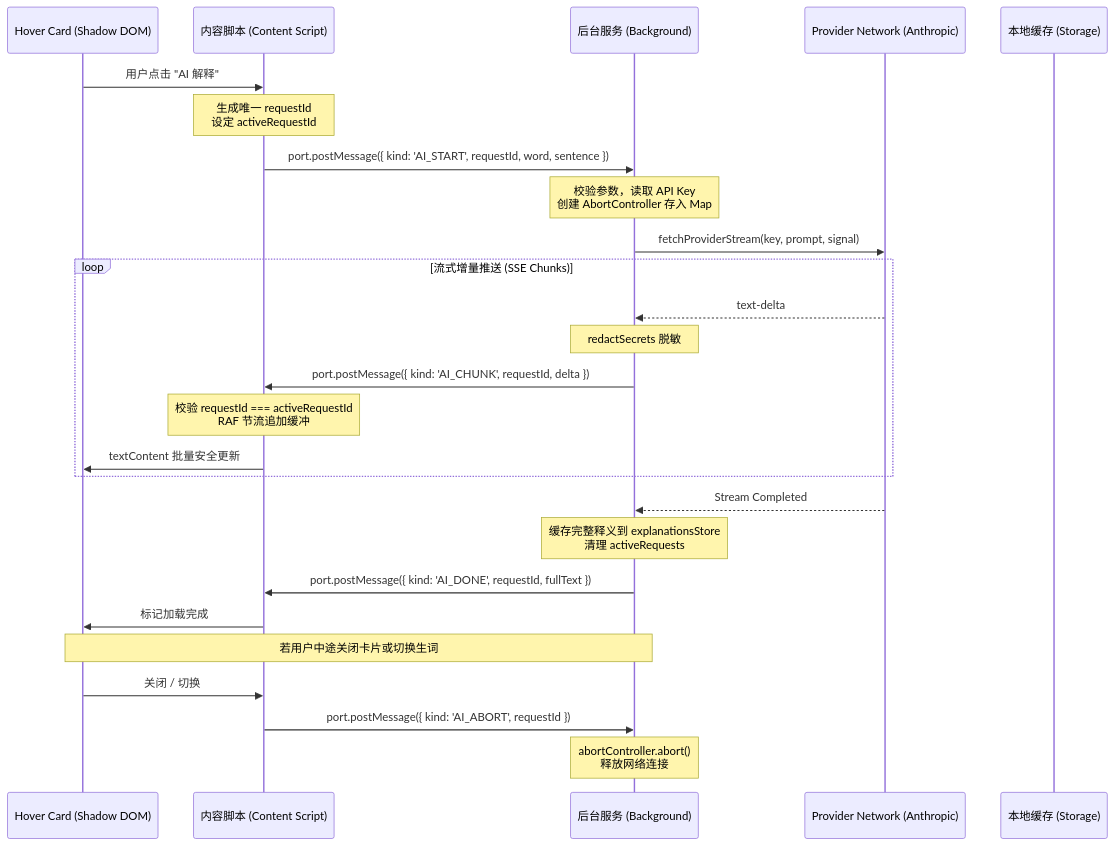
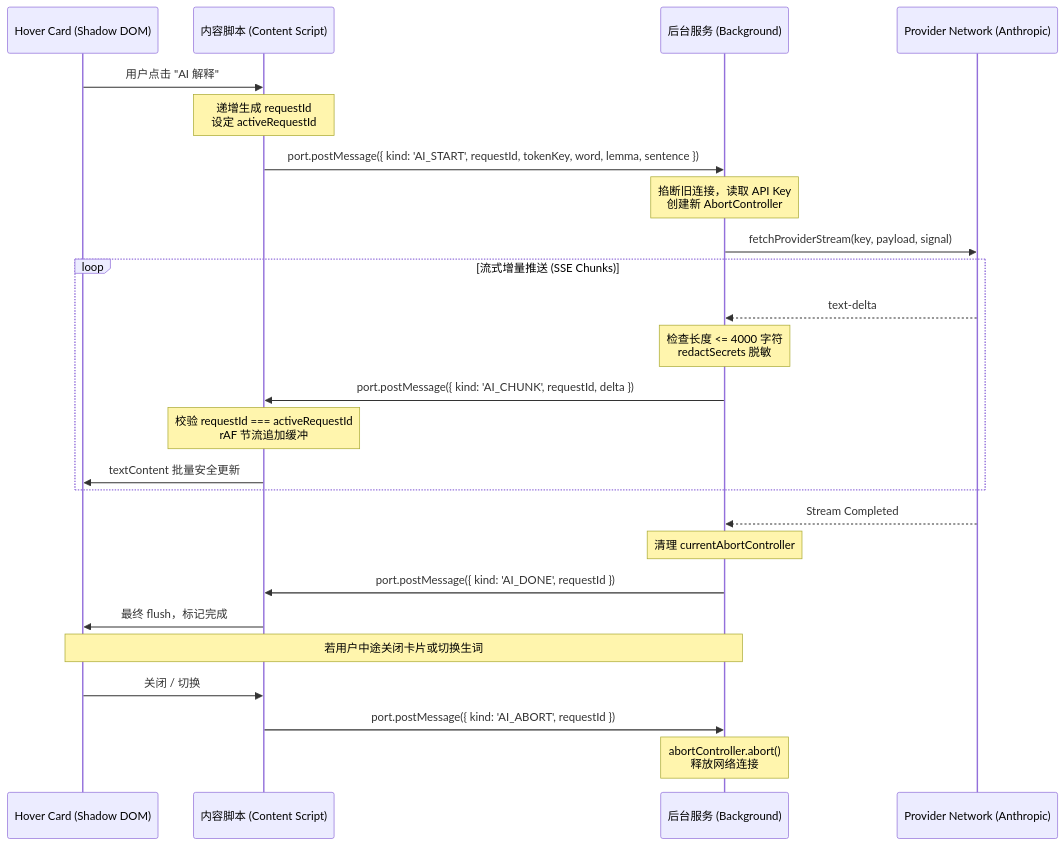
One commit to ReiAKIraAn/Glint changed the third of 3 diagrams in docs/architecture.md. Above: the diagram before and after it, drawn with Mermaid. The commit also changed other lines of this file and 3 other files, not shown here.

````diff
--- a/docs/architecture.md
+++ b/docs/architecture.md
@@ -112,32 +113,31 @@
 ```mermaid
 sequenceDiagram
     participant Card as Hover Card (Shadow DOM)
     participant CS as 内容脚本 (Content Script)
     participant BG as 后台服务 (Background)
     participant PN as Provider Network (Anthropic)
-    participant Store as 本地缓存 (Storage)
 
     Card->>CS: 用户点击 "AI 解释"
-    Note over CS: 生成唯一 requestId<br/>设定 activeRequestId
-    CS->>BG: port.postMessage({ kind: 'AI_START', requestId, word, sentence })
-    Note over BG: 校验参数，读取 API Key<br/>创建 AbortController 存入 Map
-    BG->>PN: fetchProviderStream(key, prompt, signal)
+    Note over CS: 递增生成 requestId<br/>设定 activeRequestId
+    CS->>BG: port.postMessage({ kind: 'AI_START', requestId, tokenKey, word, lemma, sentence })
+    Note over BG: 掐断旧连接，读取 API Key<br/>创建新 AbortController
+    BG->>PN: fetchProviderStream(key, payload, signal)
     
     loop 流式增量推送 (SSE Chunks)
         PN-->>BG: text-delta
-        Note over BG: redactSecrets 脱敏
+        Note over BG: 检查长度 <= 4000 字符<br/>redactSecrets 脱敏
         BG->>CS: port.postMessage({ kind: 'AI_CHUNK', requestId, delta })
-        Note over CS: 校验 requestId === activeRequestId<br/>RAF 节流追加缓冲
+        Note over CS: 校验 requestId === activeRequestId<br/>rAF 节流追加缓冲
         CS->>Card: textContent 批量安全更新
     end
 
     PN-->>BG: Stream Completed
-    Note over BG: 缓存完整释义到 explanationsStore<br/>清理 activeRequests
-    BG->>CS: port.postMessage({ kind: 'AI_DONE', requestId, fullText })
-    CS->>Card: 标记加载完成
+    Note over BG: 清理 currentAbortController
+    BG->>CS: port.postMessage({ kind: 'AI_DONE', requestId })
+    CS->>Card: 最终 flush，标记完成
 
     Note over Card,BG: 若用户中途关闭卡片或切换生词
     Card->>CS: 关闭 / 切换
     CS->>BG: port.postMessage({ kind: 'AI_ABORT', requestId })
     Note over BG: abortController.abort()<br/>释放网络连接
 ```
````
